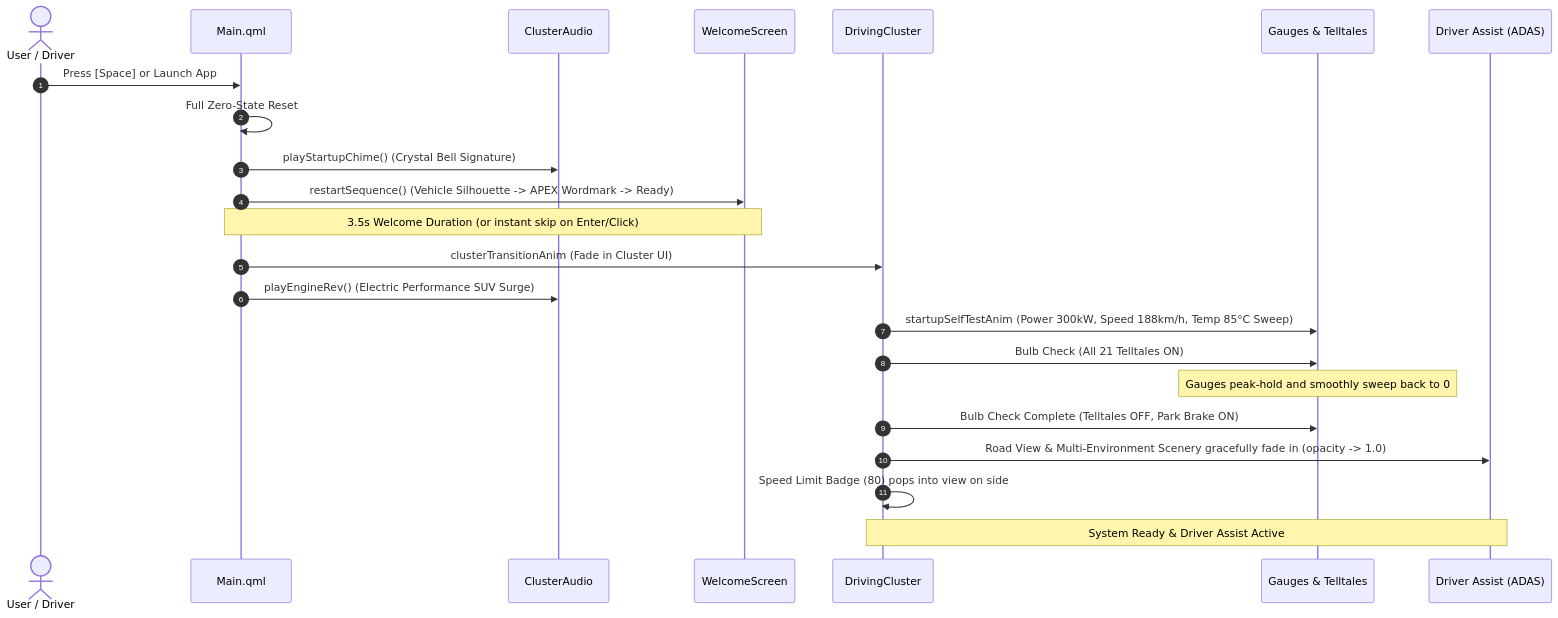
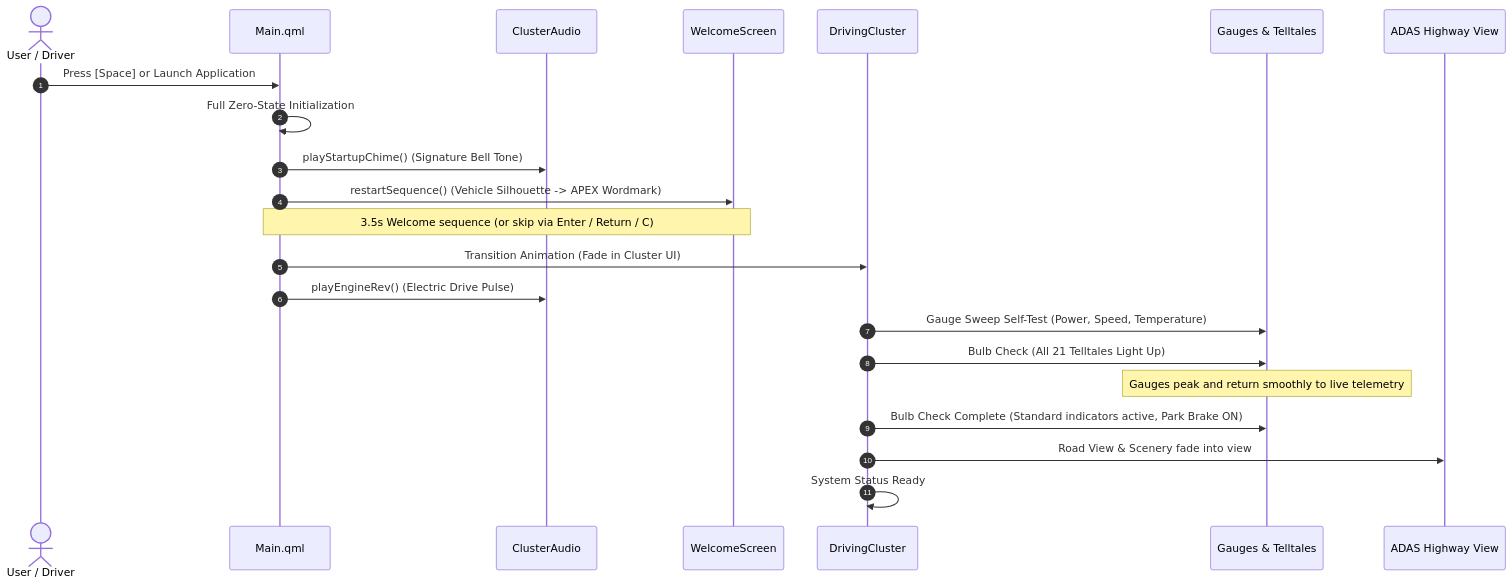
The second of 2 diagrams in README.md (skrehanahamed/ApexECU_Cluster), drawn with Mermaid before and after one commit. The commit also changed other lines of this file and 54 other files, not shown here.

````diff
--- a/README.md
+++ b/README.md
@@ -128,30 +162,29 @@
 ```mermaid
 sequenceDiagram
     autonumber
     actor Driver as User / Driver
     participant Main as Main.qml
     participant Audio as ClusterAudio
     participant Welcome as WelcomeScreen
     participant Cluster as DrivingCluster
     participant Gauges as Gauges & Telltales
-    participant ADAS as Driver Assist (ADAS)
+    participant ADAS as ADAS Highway View
 
-    Driver->>Main: Press [Space] or Launch App
-    Main->>Main: Full Zero-State Reset
-    Main->>Audio: playStartupChime() (Crystal Bell Signature)
-    Main->>Welcome: restartSequence() (Vehicle Silhouette -> APEX Wordmark -> Ready)
+    Driver->>Main: Press [Space] or Launch Application
+    Main->>Main: Full Zero-State Initialization
+    Main->>Audio: playStartupChime() (Signature Bell Tone)
+    Main->>Welcome: restartSequence() (Vehicle Silhouette -> APEX Wordmark)
     
-    Note over Main,Welcome: 3.5s Welcome Duration (or instant skip on Enter/Click)
+    Note over Main,Welcome: 3.5s Welcome sequence (or skip via Enter / Return / C)
 
-    Main->>Cluster: clusterTransitionAnim (Fade in Cluster UI)
-    Main->>Audio: playEngineRev() (Electric Performance SUV Surge)
-    Cluster->>Gauges: startupSelfTestAnim (Power 300kW, Speed 188km/h, Temp 85°C Sweep)
-    Cluster->>Gauges: Bulb Check (All 21 Telltales ON)
+    Main->>Cluster: Transition Animation (Fade in Cluster UI)
+    Main->>Audio: playEngineRev() (Electric Drive Pulse)
+    Cluster->>Gauges: Gauge Sweep Self-Test (Power, Speed, Temperature)
+    Cluster->>Gauges: Bulb Check (All 21 Telltales Light Up)
     
-    Note over Gauges: Gauges peak-hold and smoothly sweep back to 0
+    Note over Gauges: Gauges peak and return smoothly to live telemetry
     
-    Cluster->>Gauges: Bulb Check Complete (Telltales OFF, Park Brake ON)
-    Cluster->>ADAS: Road View & Multi-Environment Scenery gracefully fade in (opacity -> 1.0)
-    Cluster->>Cluster: Speed Limit Badge (80) pops into view on side
-    Note over ADAS,Cluster: System Ready & Driver Assist Active
+    Cluster->>Gauges: Bulb Check Complete (Standard indicators active, Park Brake ON)
+    Cluster->>ADAS: Road View & Scenery fade into view
+    Cluster->>Cluster: System Status Ready
 ```
````
